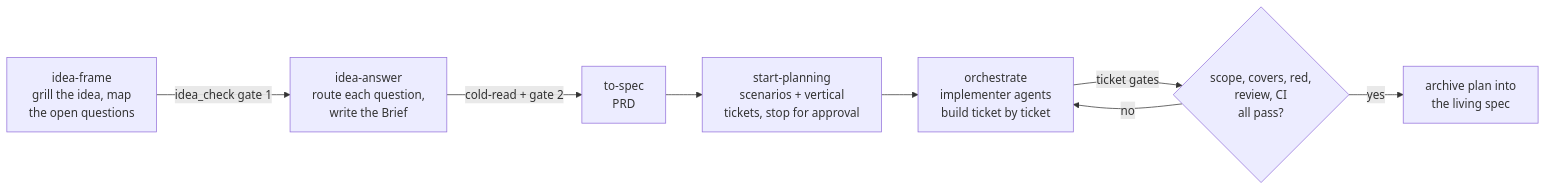
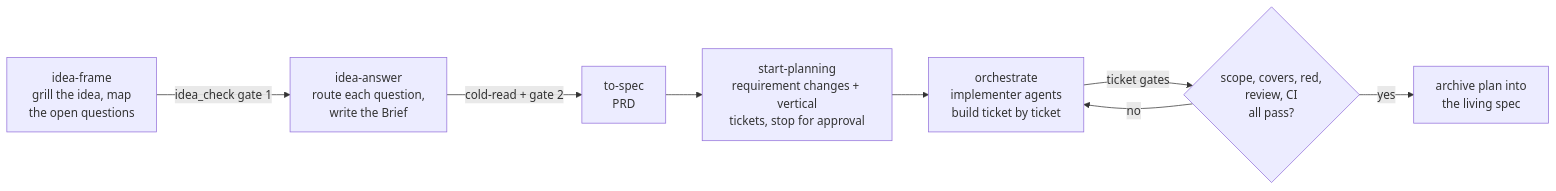
Before and after one commit to FBisca/agent-skills: the diagram in README.md, drawn with Mermaid. The commit also changed 9 other files, not shown here.

````diff
--- a/README.md
+++ b/README.md
@@ -11,10 +11,10 @@
 ```mermaid
 flowchart LR
     A["idea-frame<br/>grill the idea, map<br/>the open questions"] -->|idea_check gate 1| B["idea-answer<br/>route each question,<br/>write the Brief"]
     B -->|cold-read + gate 2| C["to-spec<br/>PRD"]
-    C --> D["start-planning<br/>scenarios + vertical<br/>tickets, stop for approval"]
+    C --> D["start-planning<br/>requirement changes + vertical<br/>tickets, stop for approval"]
     D --> E["orchestrate<br/>implementer agents<br/>build ticket by ticket"]
     E -->|ticket gates| F{"scope, covers, red,<br/>review, CI<br/>all pass?"}
     F -->|no| E
     F -->|yes| G["archive plan into<br/>the living spec"]
 ```
````
